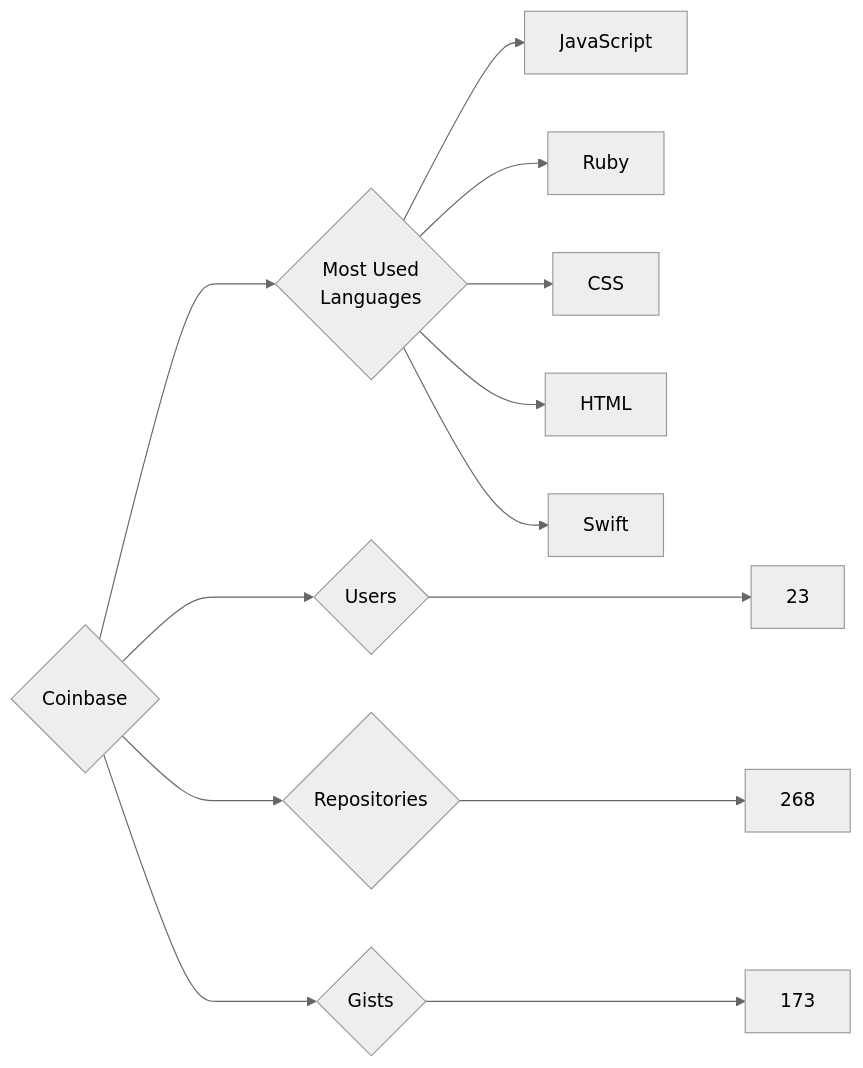
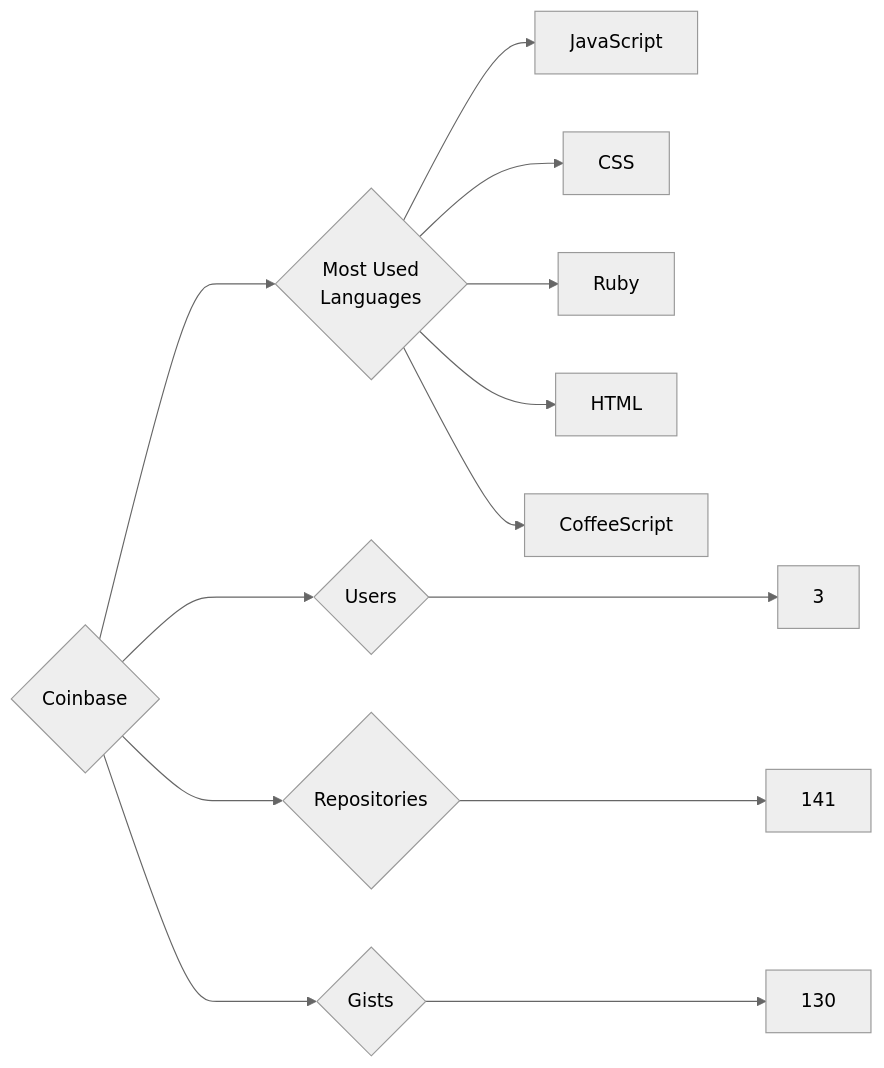
Before and after one commit to trickest/insiders: the diagram in targets/Coinbase/README.md, drawn with Mermaid (neutral theme). The commit also changed 932 other files, not shown here.

````diff
--- a/targets/Coinbase/README.md
+++ b/targets/Coinbase/README.md
@@ -3,13 +3,13 @@
 ```mermaid
 graph LR
 COMPANY_NAME{Coinbase}
-COMPANY_NAME ---> U{Users} ---> UN[23]
-COMPANY_NAME ---> R{Repositories} ---> RN[268]
-COMPANY_NAME ---> G{Gists} ---> GN[173]
+COMPANY_NAME ---> U{Users} ---> UN[3]
+COMPANY_NAME ---> R{Repositories} ---> RN[141]
+COMPANY_NAME ---> G{Gists} ---> GN[130]
 COMPANY_NAME ---> ML{Most Used<br>Languages}
 ML --> JavaScript[JavaScript]
+ML --> CSS[CSS]
 ML --> Ruby[Ruby]
-ML --> CSS[CSS]
 ML --> HTML[HTML]
-ML --> Swift[Swift]
+ML --> CoffeeScript[CoffeeScript]
 ```
````
